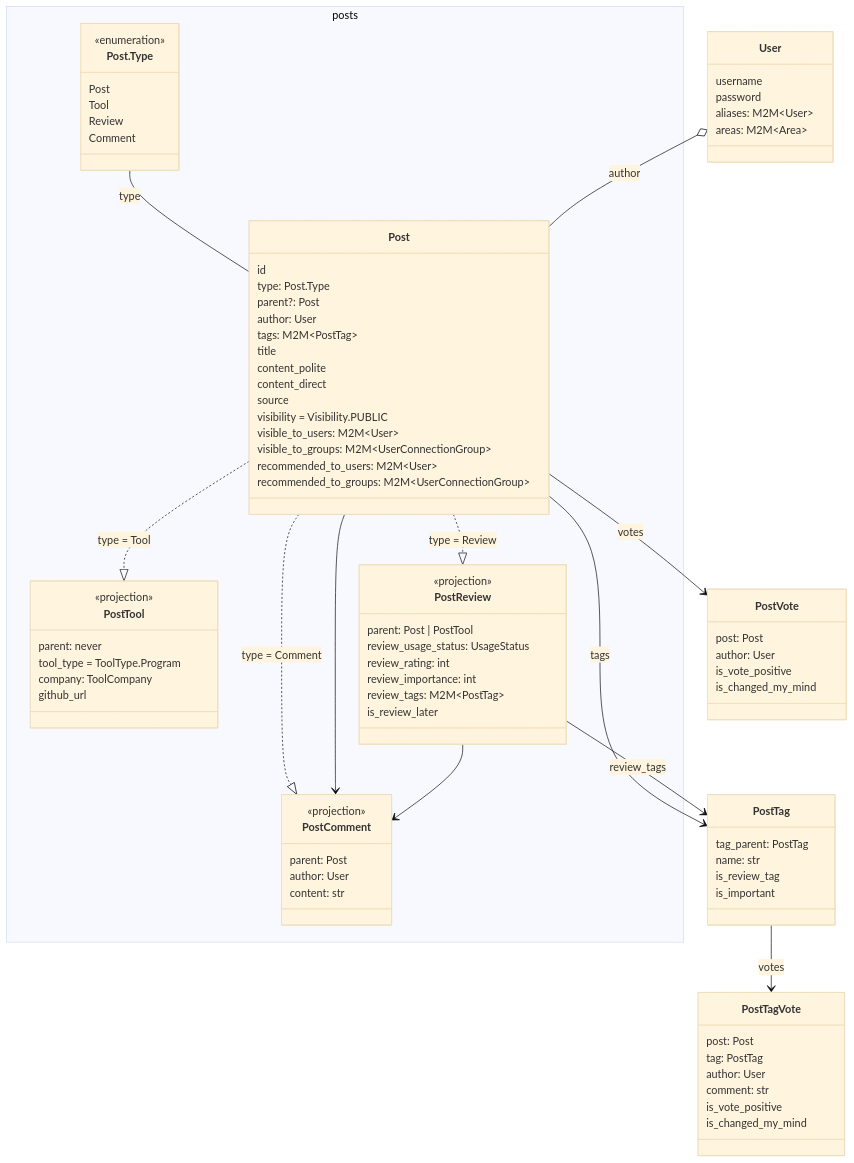
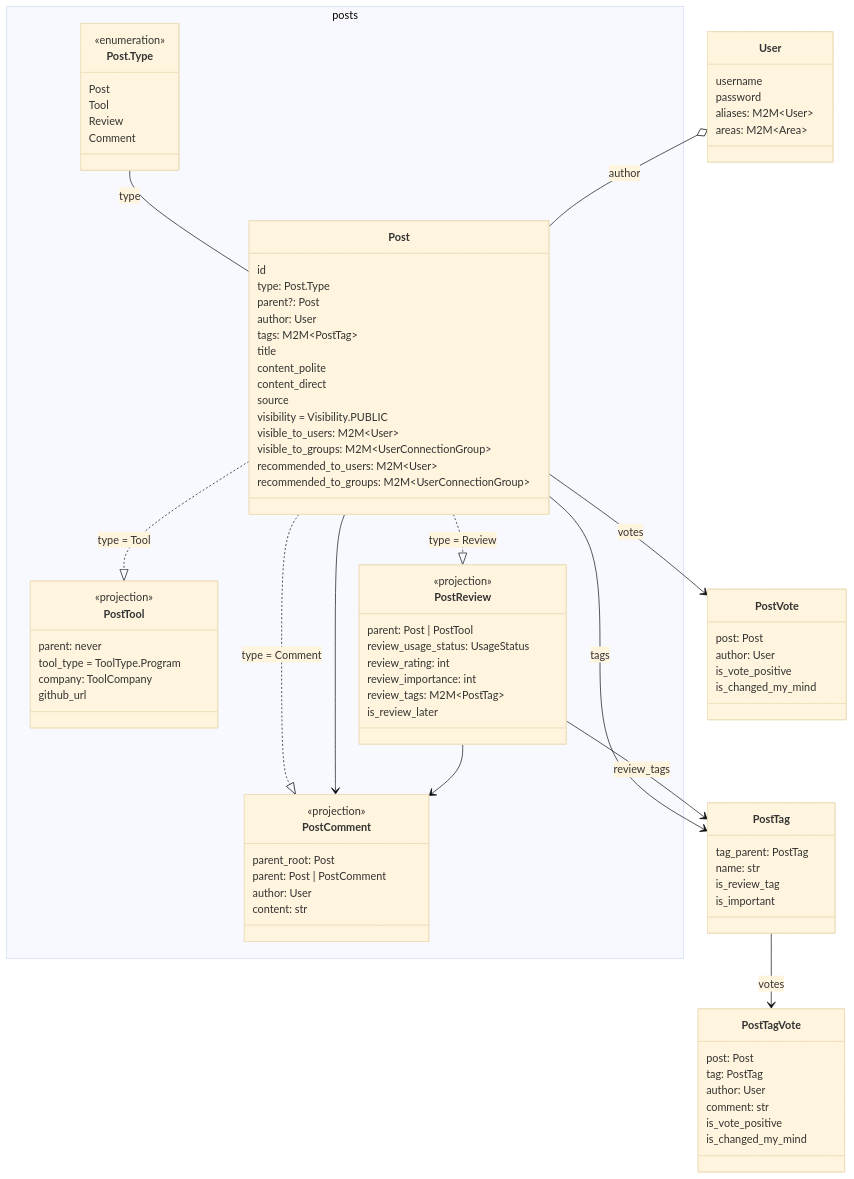
One commit to neuronhub-app/NeuronHub changed the diagram in docs/architecture.md. Above: the diagram before and after it, drawn with Mermaid (base theme). The commit also changed 30 other files, not shown here.

First line of the commit message:
feat(comment): add .visibility form field #94; add Post.parent_root for perf #91

```diff
--- a/docs/architecture.md
+++ b/docs/architecture.md
@@ -71,7 +71,8 @@
 
         class PostComment {
             <<projection>>
-            parent: Post
+            parent_root: Post
+            parent: Post | PostComment
             author: User
             content: str
         }
```
